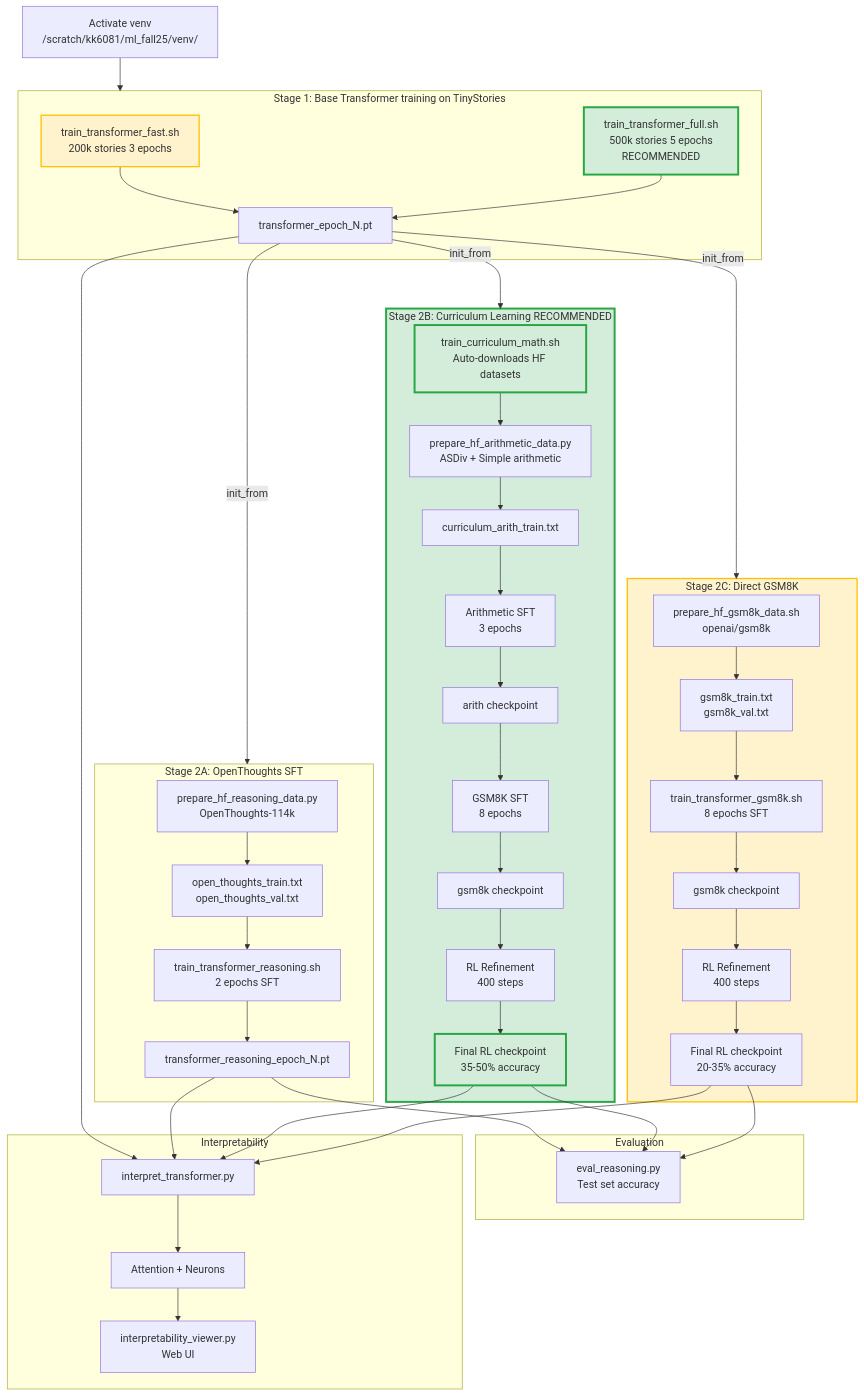
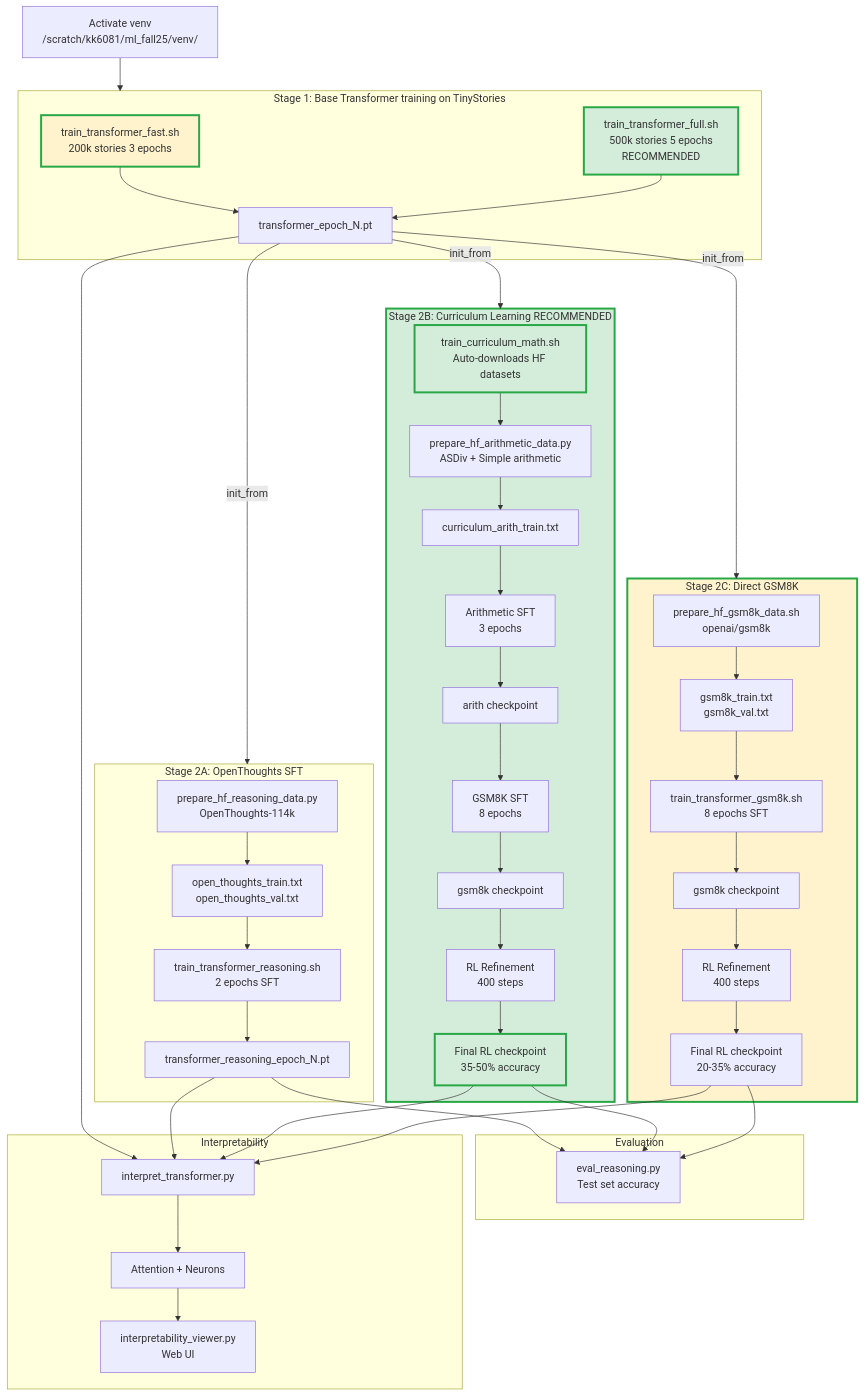
The diagram in README.md (FruitPnchSamuraiG/pico-llm), drawn with Mermaid before and after one commit.

````diff
--- a/README.md
+++ b/README.md
@@ -10,66 +10,66 @@
 ```mermaid
 flowchart TD
   VENV[Activate venv<br/>/scratch/kk6081/ml_fall25/venv/] --> BASE
 
   subgraph BASE["Stage 1: Base Transformer training on TinyStories"]
     TFAST[train_transformer_fast.sh<br/>200k stories 3 epochs]
     TFULL[train_transformer_full.sh<br/>500k stories 5 epochs<br/>RECOMMENDED]
     TFAST --> CKPT1[transformer_epoch_N.pt]
     TFULL --> CKPT1
   end
 
   CKPT1 -->|init_from| OT
   CKPT1 -->|init_from| CURR
   CKPT1 -->|init_from| GSM
 
   subgraph OT["Stage 2A: OpenThoughts SFT"]
     OTDATA[prepare_hf_reasoning_data.py<br/>OpenThoughts-114k] --> OTFILES[open_thoughts_train.txt<br/>open_thoughts_val.txt]
     OTFILES --> OTSFT[train_transformer_reasoning.sh<br/>2 epochs SFT]
     OTSFT --> OTCKPT[transformer_reasoning_epoch_N.pt]
   end
 
   subgraph CURR["Stage 2B: Curriculum Learning RECOMMENDED"]
     CURRSTART[train_curriculum_math.sh<br/>Auto-downloads HF datasets]
     CURRSTART --> ARITHDATA[prepare_hf_arithmetic_data.py<br/>ASDiv + Simple arithmetic]
     ARITHDATA --> ARITHFILES[curriculum_arith_train.txt]
     ARITHFILES --> ARITHSFT[Arithmetic SFT<br/>3 epochs]
     ARITHSFT --> ARITHCKPT[arith checkpoint]
     ARITHCKPT --> CURRGSM[GSM8K SFT<br/>8 epochs]
     CURRGSM --> CURRGSMCKPT[gsm8k checkpoint]
     CURRGSMCKPT --> CURRRL[RL Refinement<br/>400 steps]
     CURRRL --> CURRCKPT[Final RL checkpoint<br/>35-50% accuracy]
   end
 
   subgraph GSM["Stage 2C: Direct GSM8K"]
     GSM_PREP[prepare_hf_gsm8k_data.sh<br/>openai/gsm8k] --> GSMFILES[gsm8k_train.txt<br/>gsm8k_val.txt]
     GSMFILES --> GSMSFT[train_transformer_gsm8k.sh<br/>8 epochs SFT]
     GSMSFT --> GSMCKPT[gsm8k checkpoint]
     GSMCKPT --> GSMRL[RL Refinement<br/>400 steps]
     GSMRL --> RLCKPT[Final RL checkpoint<br/>20-35% accuracy]
   end
 
   subgraph EVAL["Evaluation"]
     E1[eval_reasoning.py<br/>Test set accuracy]
   end
 
   OTCKPT --> E1
   CURRCKPT --> E1
   RLCKPT --> E1
 
   subgraph INTERP["Interpretability"]
     IT[interpret_transformer.py]
     IT --> IOUT[Attention + Neurons]
     IOUT --> VIEW[interpretability_viewer.py<br/>Web UI]
   end
 
   CKPT1 --> IT
   OTCKPT --> IT
   CURRCKPT --> IT
   RLCKPT --> IT
 
   classDef recommended fill:#d4edda,stroke:#28a745,stroke-width:3px
-  classDef warning fill:#fff3cd,stroke:#ffc107,stroke-width:2px
+  classDef warning fill:#fff3cd,stroke:#28a745,stroke-width:3px
   
   class CURR,TFULL,CURRSTART,CURRCKPT recommended
   class TFAST,GSM warning
 ```
````
